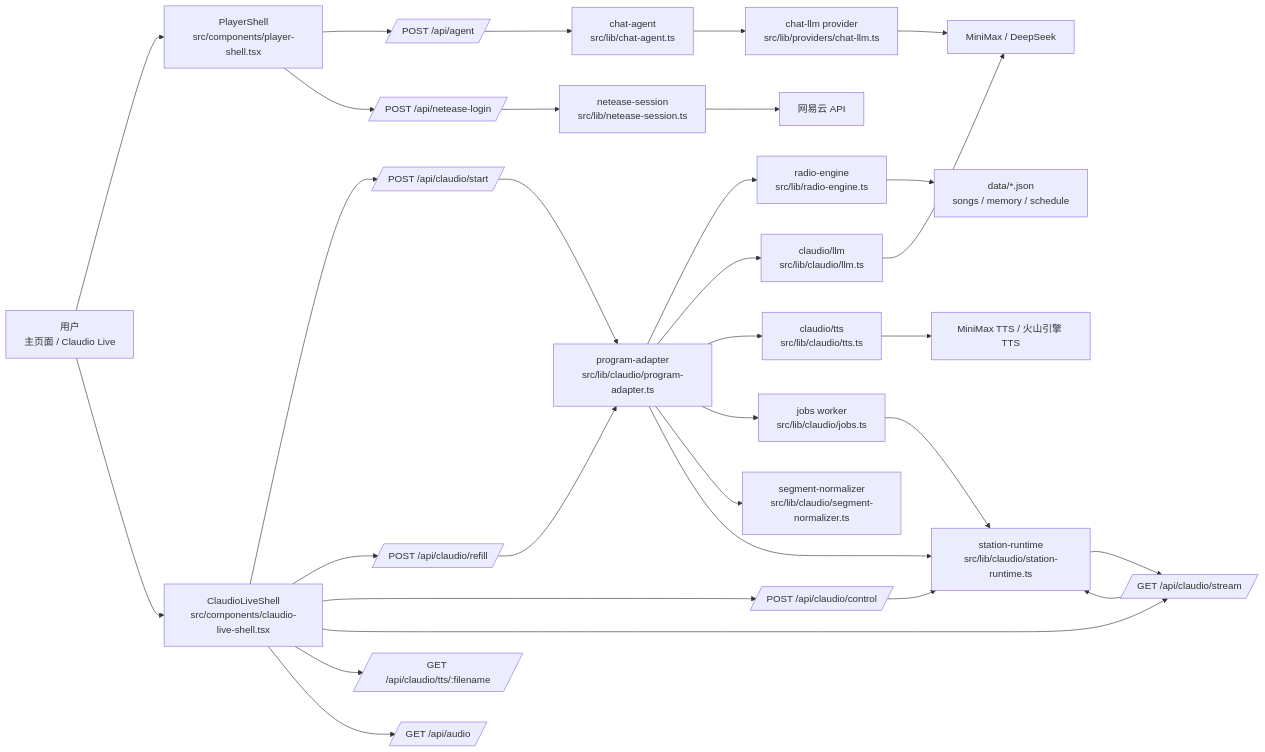
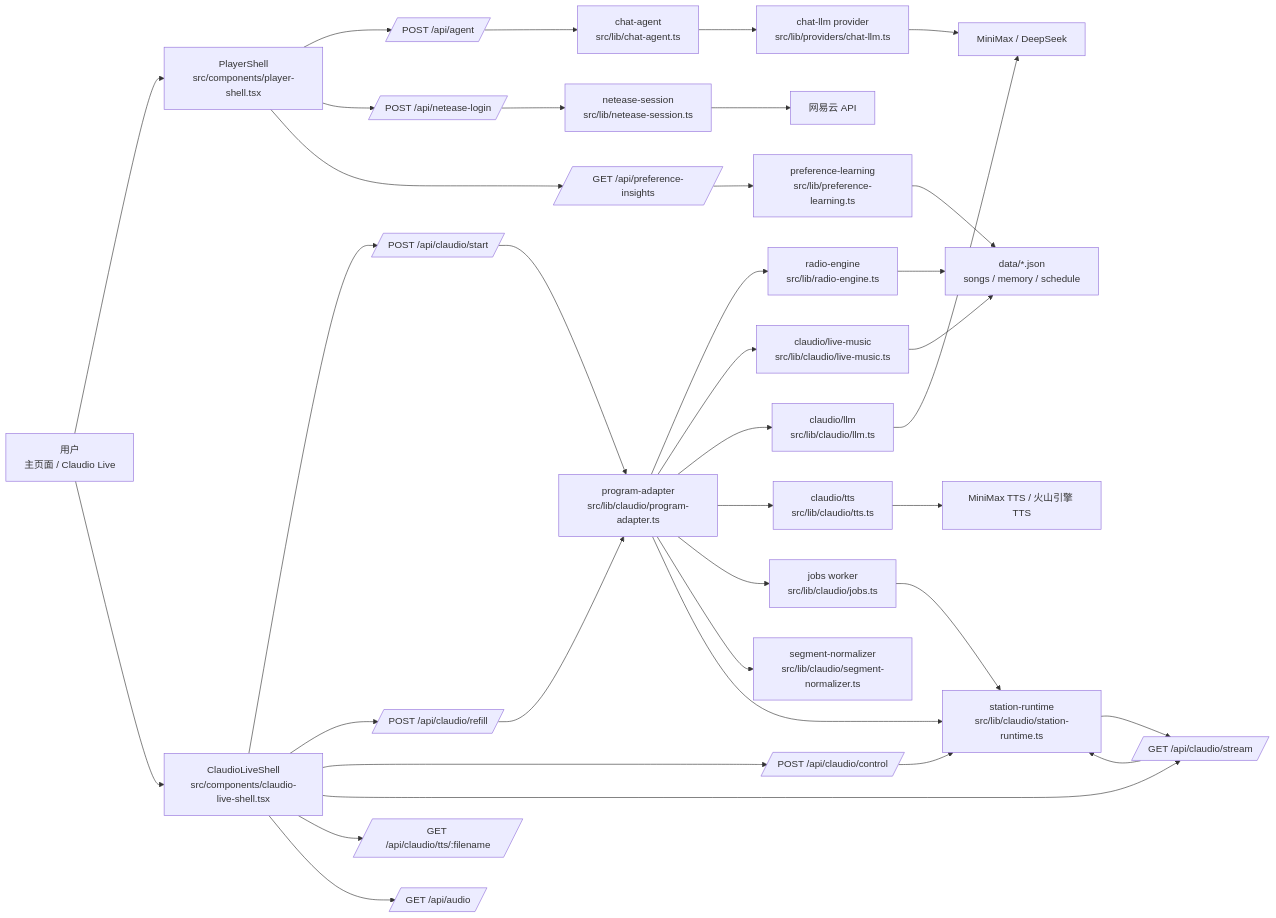
The first of 8 diagrams in docs/claudio-architecture.md (liric28/radio-app), drawn with Mermaid before and after one commit. The commit also changed other lines of this file and 31 other files, not shown here.

````diff
--- a/docs/claudio-architecture.md
+++ b/docs/claudio-architecture.md
@@ -7,41 +30,46 @@
 ```mermaid
 flowchart LR
     U[用户<br/>主页面 / Claudio Live] --> PS[PlayerShell<br/>src/components/player-shell.tsx]
     U --> CLS[ClaudioLiveShell<br/>src/components/claudio-live-shell.tsx]
 
     PS --> AGENT[/POST /api/agent/]
     PS --> LOGIN[/POST /api/netease-login/]
+    PS --> PREF[/GET /api/preference-insights/]
 
     CLS --> START[/POST /api/claudio/start/]
     CLS --> REFILL[/POST /api/claudio/refill/]
     CLS --> CONTROL[/POST /api/claudio/control/]
     CLS --> STREAM[/GET /api/claudio/stream/]
     CLS --> TTSFILE[/GET /api/claudio/tts/:filename/]
     CLS --> AUDIO[/GET /api/audio/]
 
     AGENT --> CHATAGENT[chat-agent<br/>src/lib/chat-agent.ts]
     CHATAGENT --> CHATLLM[chat-llm provider<br/>src/lib/providers/chat-llm.ts]
     CHATLLM --> MODEL[MiniMax / DeepSeek]
+    PREF --> LEARN[preference-learning<br/>src/lib/preference-learning.ts]
 
     START --> PROGRAM[program-adapter<br/>src/lib/claudio/program-adapter.ts]
     REFILL --> PROGRAM
     CONTROL --> RUNTIME[station-runtime<br/>src/lib/claudio/station-runtime.ts]
     STREAM --> RUNTIME
 
     PROGRAM --> ENGINE[radio-engine<br/>src/lib/radio-engine.ts]
+    PROGRAM --> LIVEMUSIC[claudio/live-music<br/>src/lib/claudio/live-music.ts]
     PROGRAM --> CLLM[claudio/llm<br/>src/lib/claudio/llm.ts]
     PROGRAM --> CTTS[claudio/tts<br/>src/lib/claudio/tts.ts]
     PROGRAM --> JOBS[jobs worker<br/>src/lib/claudio/jobs.ts]
     PROGRAM --> NORMALIZER[segment-normalizer<br/>src/lib/claudio/segment-normalizer.ts]
 
     ENGINE --> DATA[data/*.json<br/>songs / memory / schedule]
+    LIVEMUSIC --> DATA
+    LEARN --> DATA
     LOGIN --> NETEASE[netease-session<br/>src/lib/netease-session.ts]
     NETEASE --> NAPI[网易云 API]
 
     CLLM --> MODEL
     CTTS --> TTS[MiniMax TTS / 火山引擎 TTS]
 
     JOBS --> RUNTIME
     PROGRAM --> RUNTIME
     RUNTIME --> STREAM
 ```
````
